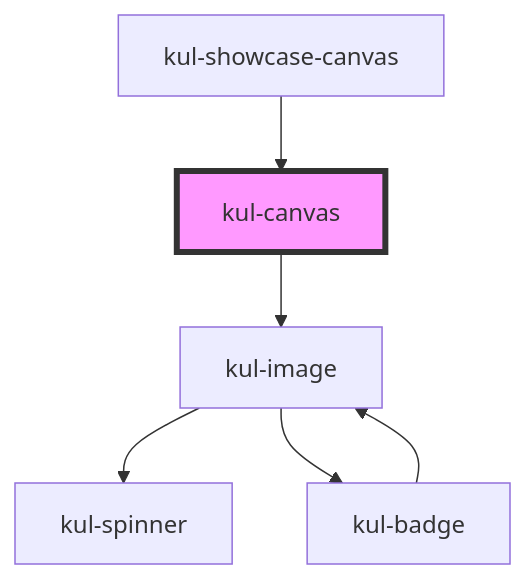
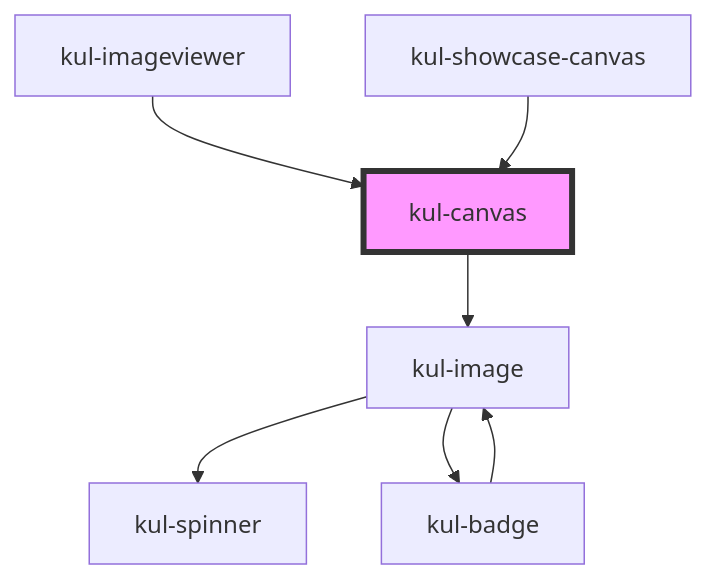
One commit to lucafoscili/ketchup-lite changed the diagram in packages/ketchup-lite/src/components/kul-canvas/readme.md. Above: the diagram before and after it, drawn with Mermaid. The commit also changed other lines of this file and 5 other files, not shown here.

````diff
--- a/packages/ketchup-lite/src/components/kul-canvas/readme.md
+++ b/packages/ketchup-lite/src/components/kul-canvas/readme.md
@@ -126,9 +137,10 @@
 ```mermaid
 graph TD;
   kul-canvas --> kul-image
   kul-image --> kul-spinner
   kul-image --> kul-badge
   kul-badge --> kul-image
+  kul-imageviewer --> kul-canvas
   kul-showcase-canvas --> kul-canvas
   style kul-canvas fill:#f9f,stroke:#333,stroke-width:4px
 ```
````
